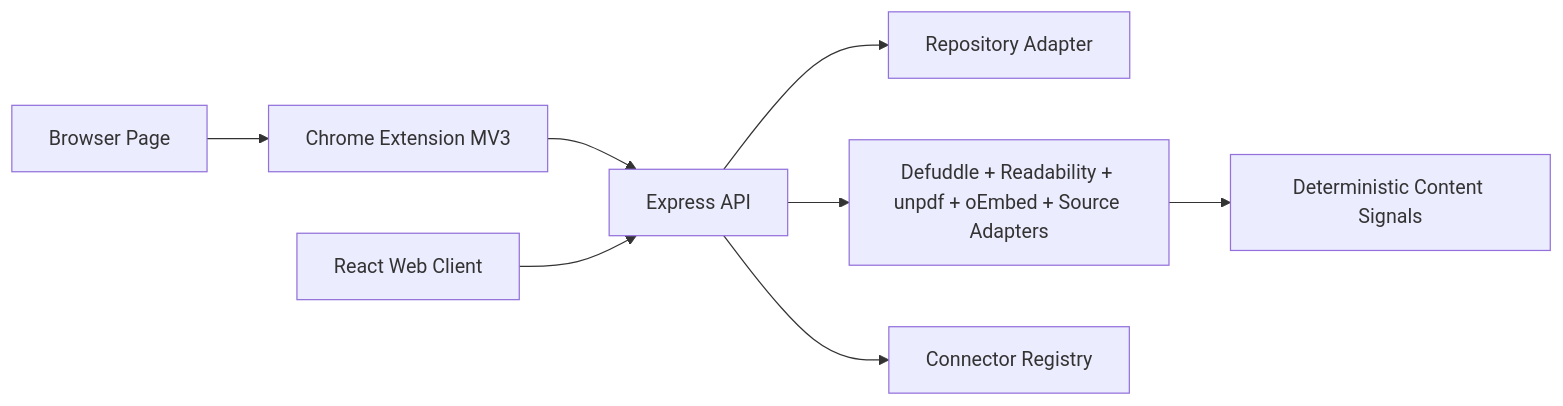
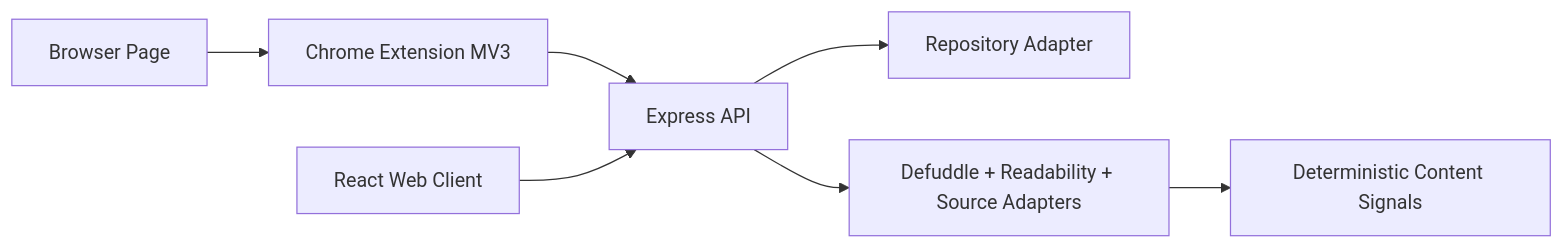
Before and after one commit to c0sc0s/Hunter: the diagram in docs/TECHNICAL_DESIGN.md, drawn with Mermaid. The commit also changed other lines of this file and 166 other files, not shown here.

````diff
--- a/docs/TECHNICAL_DESIGN.md
+++ b/docs/TECHNICAL_DESIGN.md
@@ -5,10 +5,9 @@
 ```mermaid
 flowchart LR
   Browser["Browser Page"] --> Extension["Chrome Extension MV3"]
   Extension --> API["Express API"]
   Web["React Web Client"] --> API
   API --> Store["Repository Adapter"]
-  API --> Extractor["Defuddle + Readability + unpdf + oEmbed + Source Adapters"]
+  API --> Extractor["Defuddle + Readability + Source Adapters"]
   Extractor --> Signals["Deterministic Content Signals"]
-  API --> Connectors["Connector Registry"]
 ```
````
